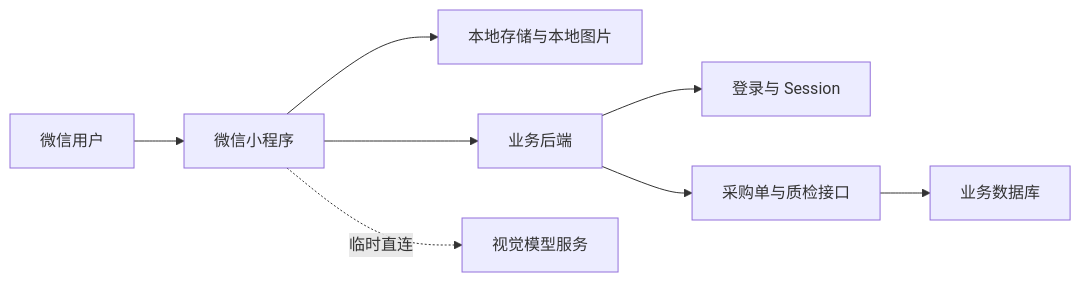
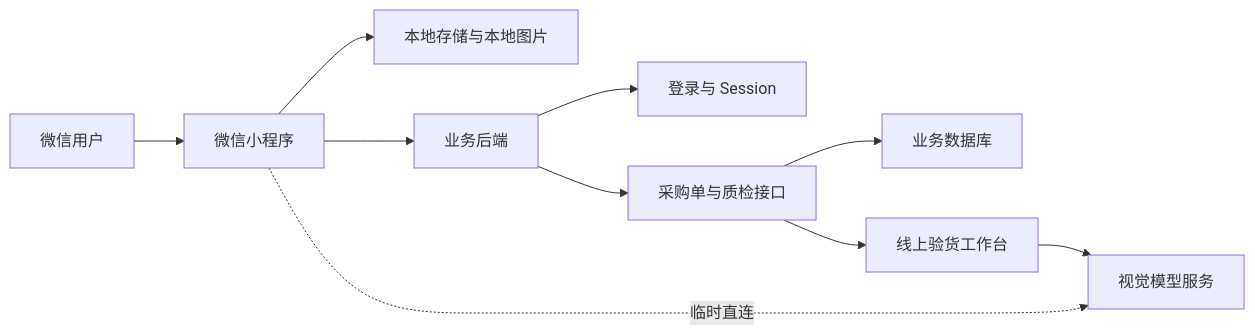
One commit to baishang-ui/wechat_upload changed the diagram in README.md. Above: the diagram before and after it, drawn with Mermaid. The commit also changed other lines of this file and 17 other files, not shown here.

````diff
--- a/README.md
+++ b/README.md
@@ -57,10 +61,12 @@
 ```mermaid
 flowchart LR
   U["微信用户"] --> MP["微信小程序"]
   MP --> LS["本地存储与本地图片"]
   MP --> API["业务后端"]
   API --> AUTH["登录与 Session"]
   API --> QI["采购单与质检接口"]
   QI --> DB["业务数据库"]
+  QI --> WEB["线上验货工作台"]
+  WEB --> MODEL["视觉模型服务"]
   MP -. "临时直连" .-> MODEL["视觉模型服务"]
 ```
````
